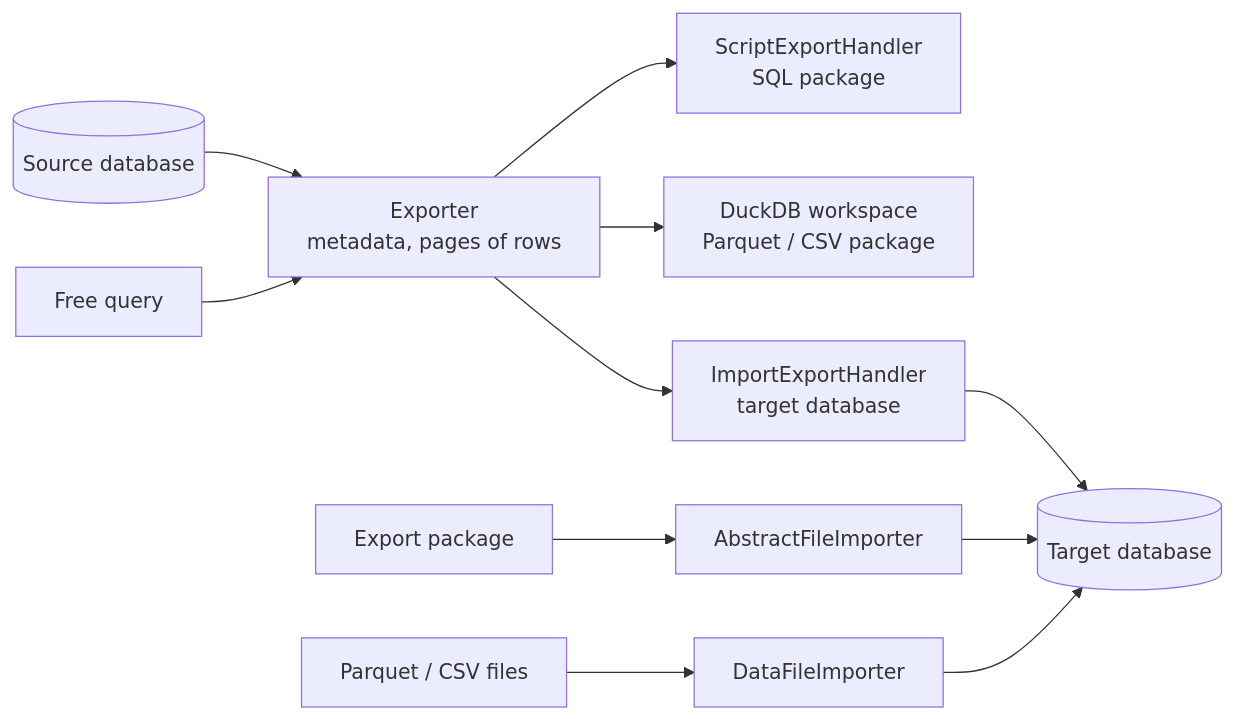
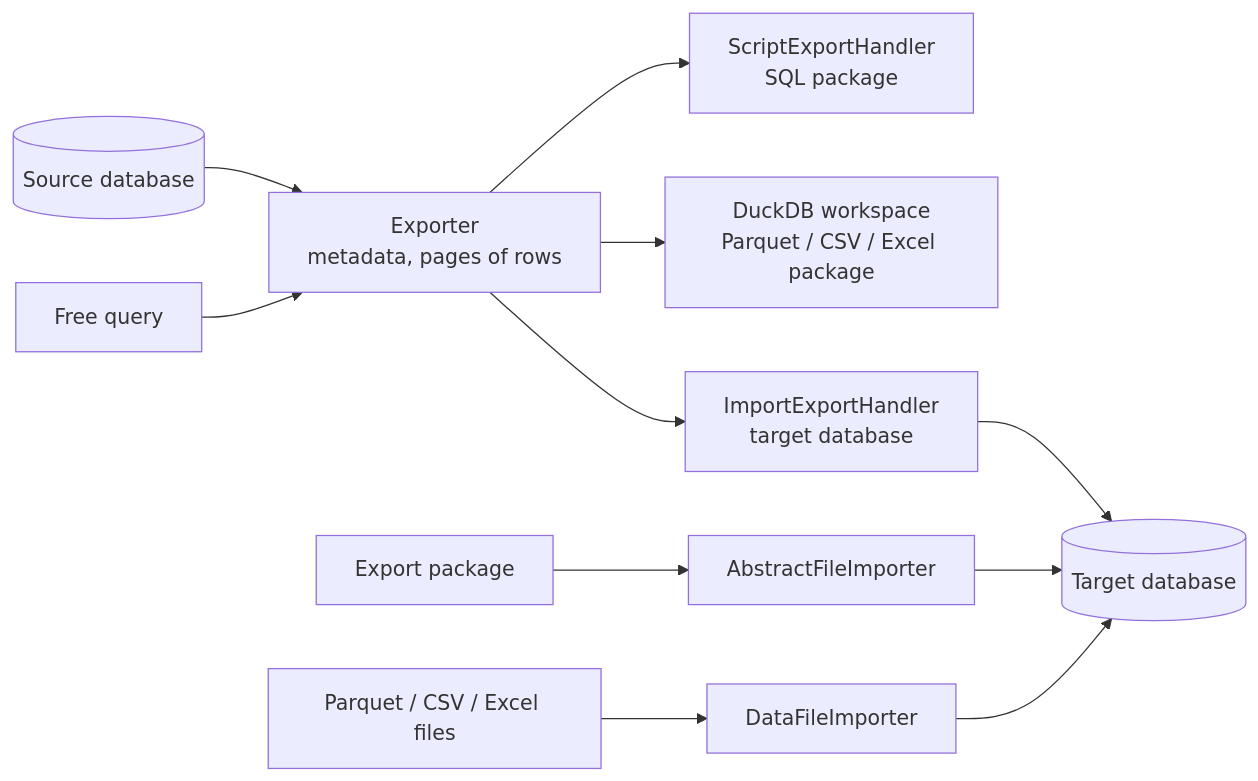
One commit to paganini2008/sqljam changed the first of 2 diagrams in docs/developer-guide.md. Above: the diagram before and after it, drawn with Mermaid. The commit also changed other lines of this file and 79 other files, not shown here.

Commit message:
feat: Excel import and export, CSV and Excel classes in impexp.fs, Utils classes in utils

````diff
--- a/docs/developer-guide.md
+++ b/docs/developer-guide.md
@@ -57,11 +57,11 @@
 ```mermaid
 flowchart LR
     S[(Source database)] --> E[Exporter<br/>metadata, pages of rows]
     Q[Free query] --> E
     E --> H1[ScriptExportHandler<br/>SQL package]
-    E --> H2[DuckDB workspace<br/>Parquet / CSV package]
+    E --> H2[DuckDB workspace<br/>Parquet / CSV / Excel package]
     E --> H3[ImportExportHandler<br/>target database]
     P[Export package] --> I[AbstractFileImporter] --> T[(Target database)]
-    F[Parquet / CSV files] --> D[DataFileImporter] --> T
+    F[Parquet / CSV / Excel files] --> D[DataFileImporter] --> T
     H3 --> T
 ```
````
